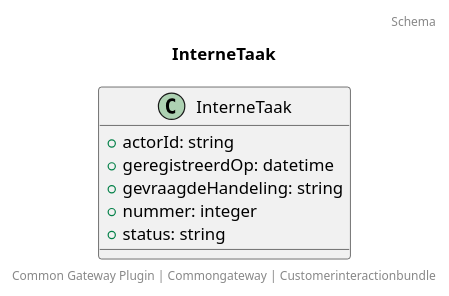
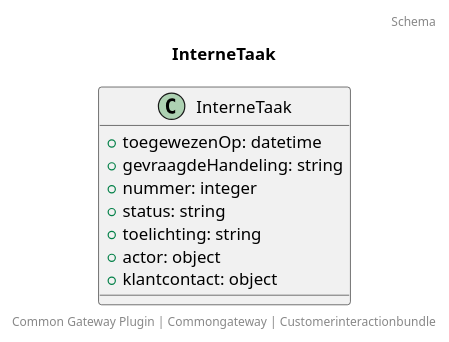
The diagram in docs/schema/klant.interneTaak.puml (CommonGateway/CustomerInteractionBundle), drawn with PlantUML before and after one commit. The commit also changed 30 other files, not shown here.

```diff
--- a/docs/schema/klant.interneTaak.puml
+++ b/docs/schema/klant.interneTaak.puml
@@ -1,13 +1,15 @@
 @startuml
 title: InterneTaak
 footer: Common Gateway Plugin | Commongateway | Customerinteractionbundle 
 header: Schema
 
 class InterneTaak {
-  + actorId: string
-  + geregistreerdOp: datetime
+  + toegewezenOp: datetime
   + gevraagdeHandeling: string
   + nummer: integer
   + status: string
+  + toelichting: string
+  + actor: object
+  + klantcontact: object
 }
 @enduml
```
